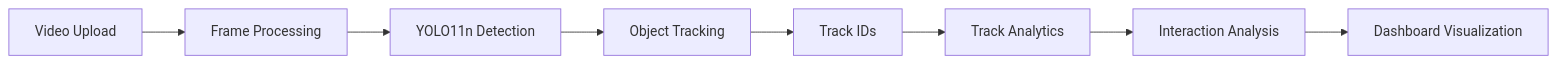
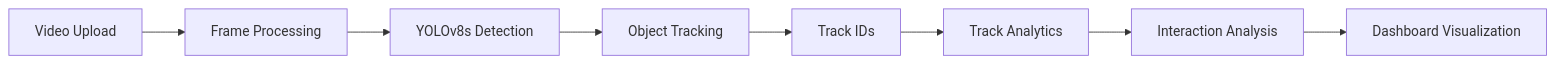
The first of 5 diagrams in README.md (Debankumardas/AI-Visual-Intelligence-API), drawn with Mermaid before and after one commit. The commit also changed other lines of this file and 28 other files, not shown here.

````diff
--- a/README.md
+++ b/README.md
@@ -186,10 +185,10 @@
 ```mermaid
 flowchart LR
     A[Video Upload] --> B[Frame Processing]
-    B --> C[YOLO11n Detection]
+    B --> C[YOLOv8s Detection]
     C --> D[Object Tracking]
     D --> E[Track IDs]
     E --> F[Track Analytics]
     F --> G[Interaction Analysis]
     G --> H[Dashboard Visualization]
 ```
````
